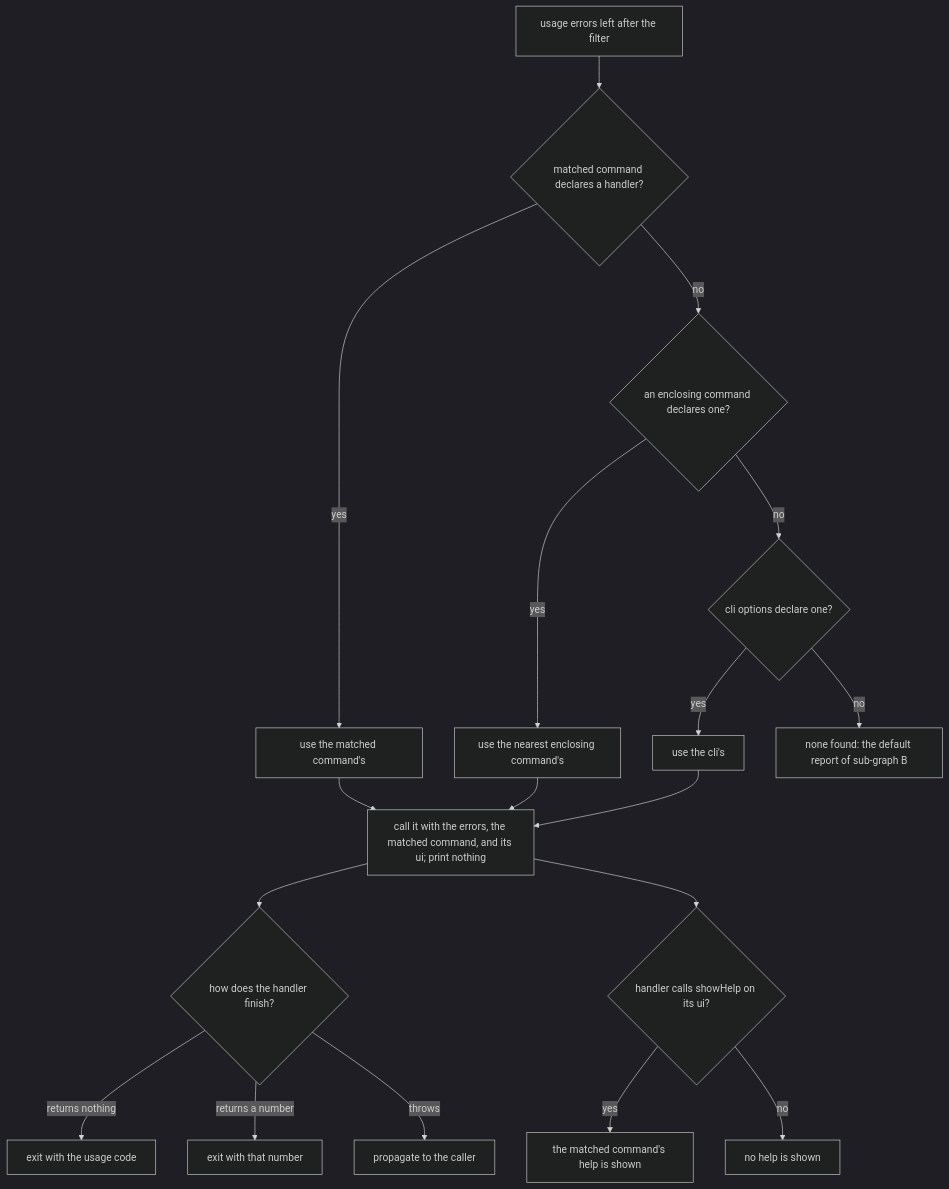
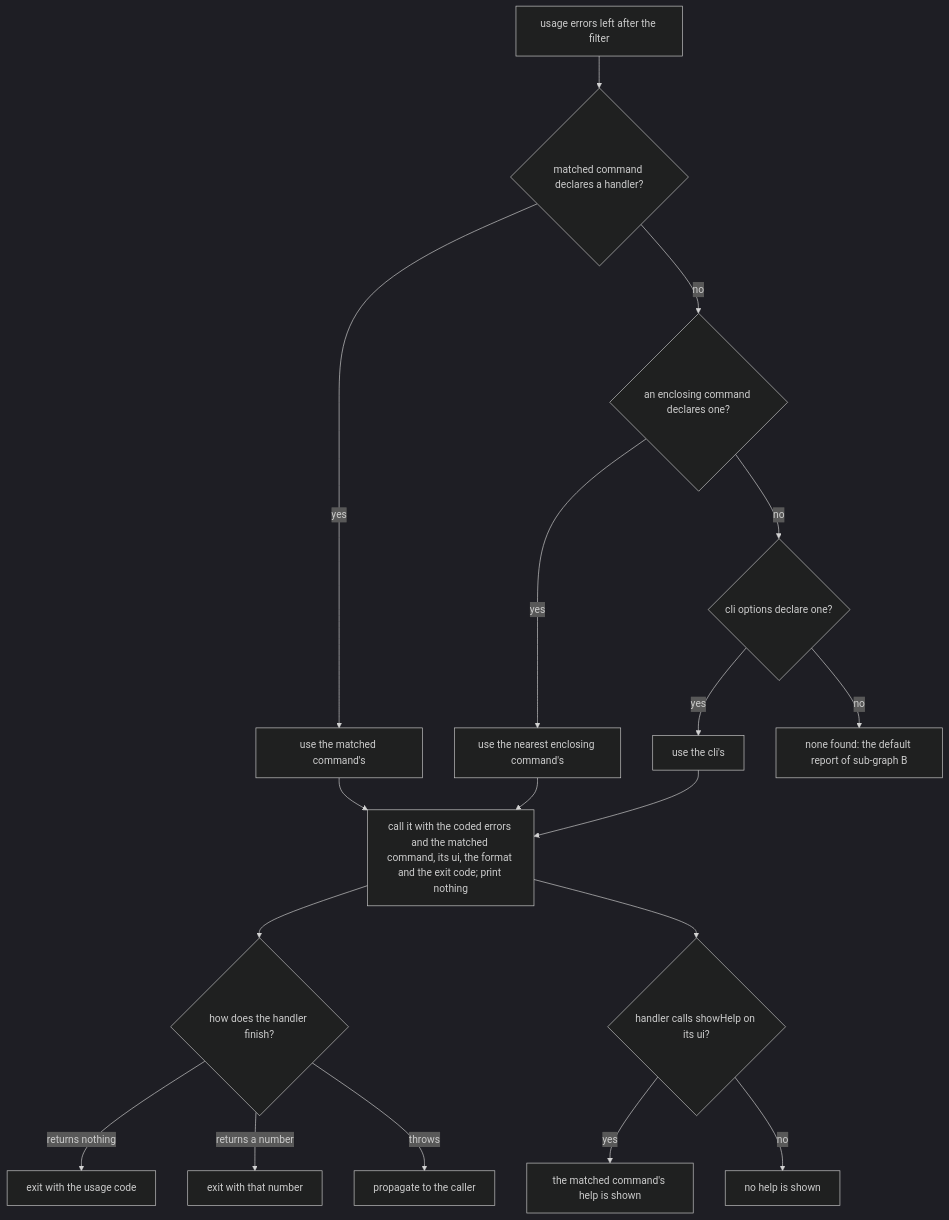
Before and after one commit to clibuilder/clibuilder: the third of 6 diagrams in packages/clibuilder/.agents/spec/execution/README.md, drawn with Mermaid (dark theme). The commit also changed other lines of this file and 19 other files, not shown here.

````diff
--- a/packages/clibuilder/.agents/spec/execution/README.md
+++ b/packages/clibuilder/.agents/spec/execution/README.md
@@ -372,20 +380,20 @@
 ```mermaid
 graph TD
   E[usage errors left after the filter] --> M{matched command declares a handler?}
   M -- yes --> HM[use the matched command's]
   M -- no --> UP{an enclosing command declares one?}
   UP -- yes --> HP[use the nearest enclosing command's]
   UP -- no --> CL{cli options declare one?}
   CL -- yes --> HC[use the cli's]
   CL -- no --> DEF[none found: the default report of sub-graph B]
-  HM --> CALL[call it with the errors, the matched command, and its ui; print nothing]
+  HM --> CALL[call it with the coded errors and the matched command, its ui, the format and the exit code; print nothing]
   HP --> CALL
   HC --> CALL
   CALL --> OUT{how does the handler finish?}
   OUT -- "returns nothing" --> XU[exit with the usage code]
   OUT -- "returns a number" --> XN[exit with that number]
   OUT -- throws --> XP[propagate to the caller]
   CALL --> SHQ{handler calls showHelp on its ui?}
   SHQ -- yes --> SHY[the matched command's help is shown]
   SHQ -- no --> SHN[no help is shown]
 ```
````
